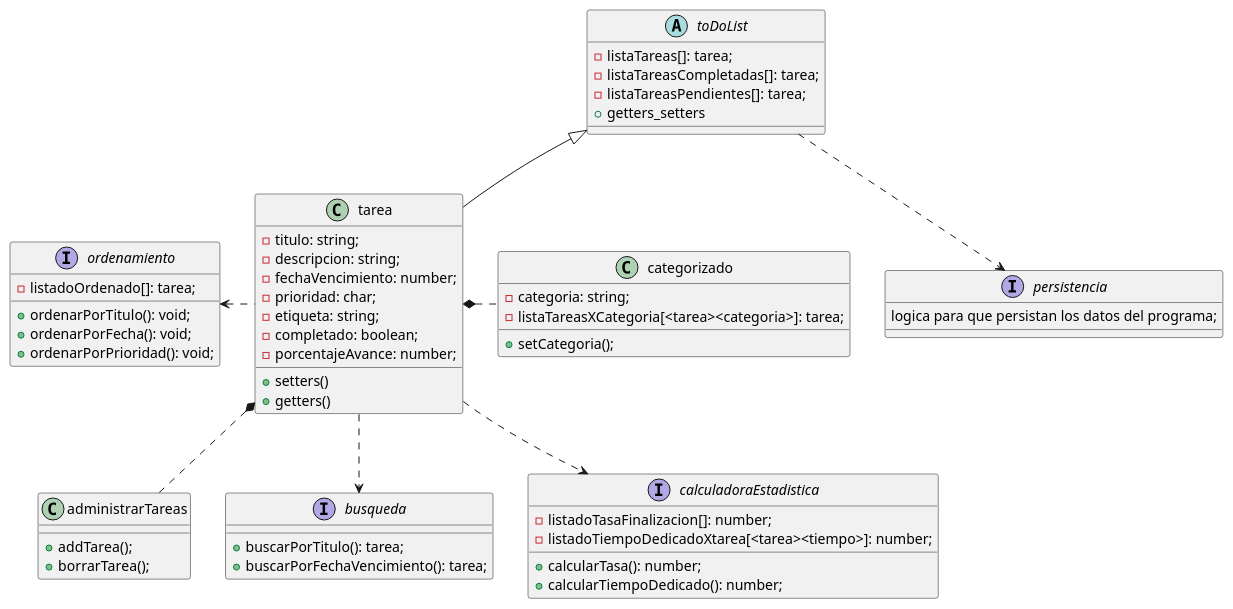
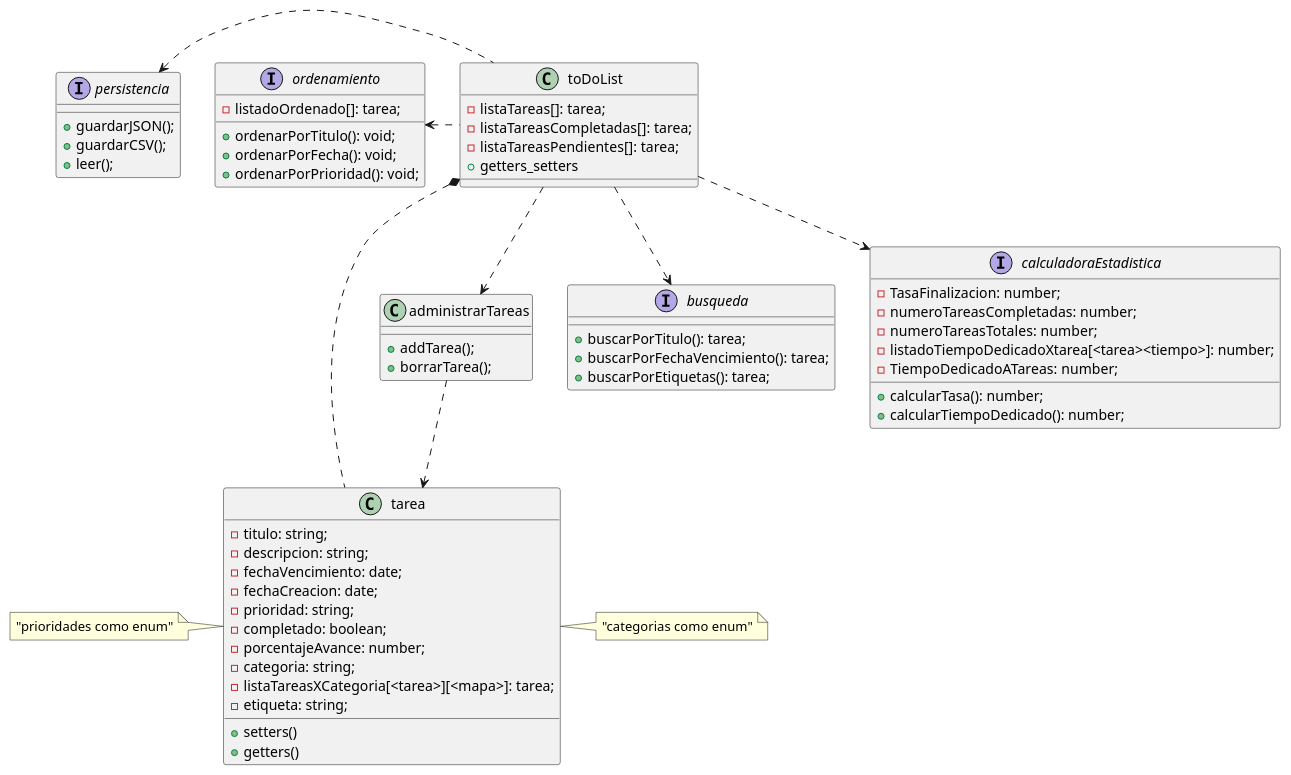
Before and after one commit to FrancoLuduena-dev/To-DO-list: the diagram in todo_app/docs/diagrama.puml, drawn with PlantUML.

Commit message:
diagrama actualizado

```diff
--- a/todo_app/docs/diagrama.puml
+++ b/todo_app/docs/diagrama.puml
@@ -1,64 +1,82 @@
 @startuml diagrama
 
-abstract class toDoList{
+class toDoList{
     -listaTareas[]: tarea;
     -listaTareasCompletadas[]: tarea;
     -listaTareasPendientes[]: tarea;
     +getters_setters
 }
 
-class tarea extends toDoList{
+class tarea{
     -titulo: string;
     -descripcion: string;
-    -fechaVencimiento: number;
-    -prioridad: char;
-    -etiqueta: string;
+    -fechaVencimiento: date;
+    ' lo cambie a "date" que es un tipo de objeto de javascript que funciona en typescript y deja poner fechas de una.
+    -fechaCreacion: date;
+    ' la agrego porque para hacer la estadistica de cuanto tiempo se tardo, la forma mas simple que se me ocurre es poner la fecha de creacion, y cuando lo pasas a completado, comparar con la fecha de finalizacion y calcular los dias transcurridos
+    -prioridad: string;  
     -completado: boolean;
     -porcentajeAvance: number;
+    -categoria: string;
+    -listaTareasXCategoria[<tarea>][<mapa>]: tarea;
+    -etiqueta: string;
     +setters()
     +getters()
-}
-
-class categorizado {
-    -categoria: string;
-    -listaTareasXCategoria[<tarea><categoria>]: tarea;
-    +setCategoria();
 }
 
 class administrarTareas {
     +addTarea();
     +borrarTarea();
 }
 
 interface busqueda{
     +buscarPorTitulo(): tarea;
     +buscarPorFechaVencimiento(): tarea;
+    +buscarPorEtiquetas(): tarea;
 }
 
 interface ordenamiento{
     -listadoOrdenado[]: tarea;
     +ordenarPorTitulo(): void;
     +ordenarPorFecha(): void;
     +ordenarPorPrioridad(): void;
 }
 
 interface calculadoraEstadistica{
-    -listadoTasaFinalizacion[]: number;
+    -TasaFinalizacion: number;
+    -numeroTareasCompletadas: number;
+    -numeroTareasTotales: number;
+    'le saque que sea coleccion, es una tasa (tareasFinalizadas/tareasTotales)
     -listadoTiempoDedicadoXtarea[<tarea><tiempo>]: number;
+    'esto serviria si hacemos algunas estadisticas que sean algo asi como "promedio de tiempo para resolucion de tareas", o "tiempo dedicado a X categoria / etiqueta", sino yo pondria
+    -TiempoDedicadoATareas: number;
+    'este simplemente sumaria el tiempo desde la creacion de la tarea hasta ahora. Tambien se puede separar en tiempo dedicado a teareas completadas y tiempo dedicado a tareas no completadas
     +calcularTasa(): number;
     +calcularTiempoDedicado(): number;
 }
 
 interface persistencia{
-    logica para que persistan los datos del programa;
+    + guardarJSON();
+    + guardarCSV();
+    + leer();
+    'el tp pide guardar en JSON y texto plano, yo diria que usemos CSV para texto plano (valores separados por comas)
 }
 
-tarea *.r. categorizado
-tarea *.. administrarTareas
-tarea ..> calculadoraEstadistica
-tarea ..> busqueda
-tarea .l.> ordenamiento
-toDoList ..> persistencia
+toDoList ..> administrarTareas
+administrarTareas ..> tarea
+toDoList ..> calculadoraEstadistica
+toDoList ..> busqueda
+toDoList .l.> ordenamiento
+toDoList *.d. tarea
+toDoList .l.> persistencia
+
+note right of tarea 
+"categorias como enum"
+endnote
+
+note left of tarea
+"prioridades como enum"
+endnote
 
 
 @enduml
```
